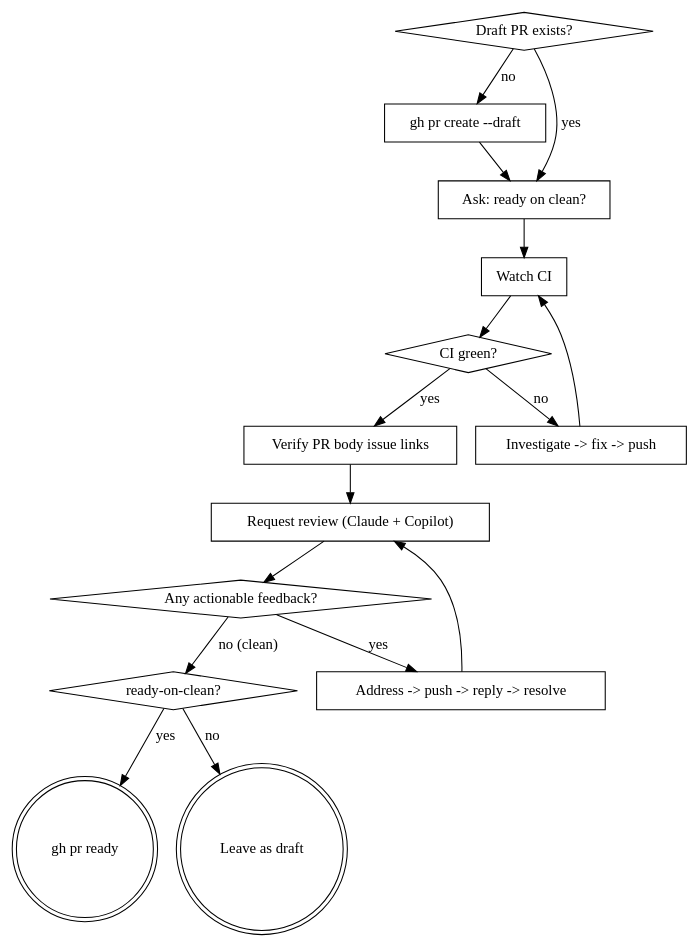
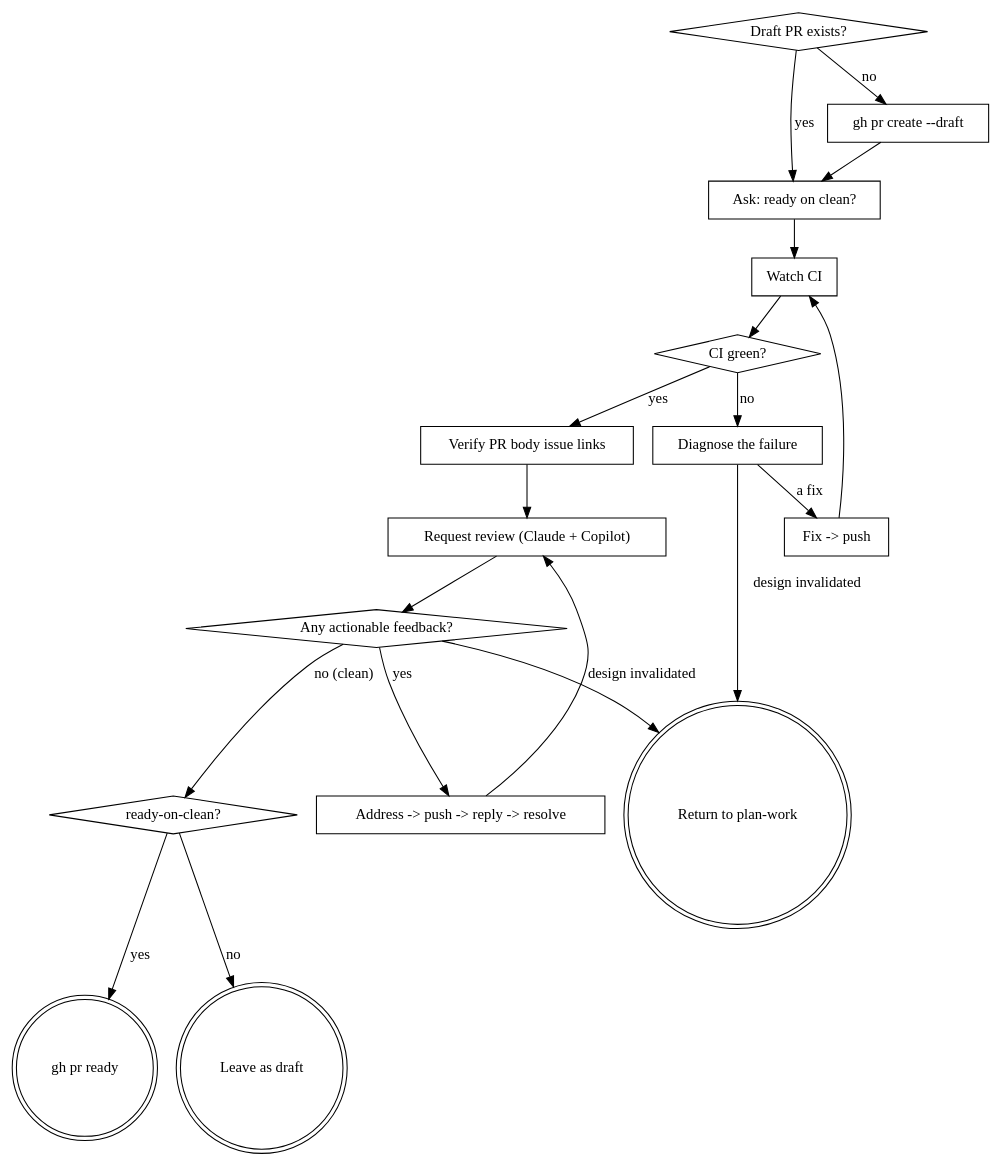
Before and after one commit to yowcow/dotfiles: the diagram in ai/skills/pr-to-ready/SKILL.md, drawn with Graphviz. The commit also changed other lines of this file and 1 other file, not shown here.

First line of the commit message:
設計が覆る経路と plan-work の入口を作る（F1, F2, F7） (#32)

````diff
--- a/ai/skills/pr-to-ready/SKILL.md
+++ b/ai/skills/pr-to-ready/SKILL.md
@@ -131,33 +131,38 @@
 ```dot
 digraph pr_to_ready {
   "Draft PR exists?" [shape=diamond];
   "gh pr create --draft" [shape=box];
   "Ask: ready on clean?" [shape=box];
   "Watch CI" [shape=box];
   "CI green?" [shape=diamond];
-  "Investigate -> fix -> push" [shape=box];
+  "Diagnose the failure" [shape=box];
+  "Fix -> push" [shape=box];
   "Verify PR body issue links" [shape=box];
   "Request review (Claude + Copilot)" [shape=box];
   "Any actionable feedback?" [shape=diamond];
   "Address -> push -> reply -> resolve" [shape=box];
   "ready-on-clean?" [shape=diamond];
   "gh pr ready" [shape=doublecircle];
   "Leave as draft" [shape=doublecircle];
+  "Return to plan-work" [shape=doublecircle];
 
   "Draft PR exists?" -> "gh pr create --draft" [label="no"];
   "gh pr create --draft" -> "Ask: ready on clean?";
   "Draft PR exists?" -> "Ask: ready on clean?" [label="yes"];
   "Ask: ready on clean?" -> "Watch CI";
   "Watch CI" -> "CI green?";
-  "CI green?" -> "Investigate -> fix -> push" [label="no"];
-  "Investigate -> fix -> push" -> "Watch CI";
+  "CI green?" -> "Diagnose the failure" [label="no"];
+  "Diagnose the failure" -> "Fix -> push" [label="a fix"];
+  "Fix -> push" -> "Watch CI";
   "CI green?" -> "Verify PR body issue links" [label="yes"];
   "Verify PR body issue links" -> "Request review (Claude + Copilot)";
   "Request review (Claude + Copilot)" -> "Any actionable feedback?";
   "Any actionable feedback?" -> "Address -> push -> reply -> resolve" [label="yes"];
   "Address -> push -> reply -> resolve" -> "Request review (Claude + Copilot)";
   "Any actionable feedback?" -> "ready-on-clean?" [label="no (clean)"];
+  "Any actionable feedback?" -> "Return to plan-work" [label="design invalidated"];
+  "Diagnose the failure" -> "Return to plan-work" [label="design invalidated"];
   "ready-on-clean?" -> "gh pr ready" [label="yes"];
   "ready-on-clean?" -> "Leave as draft" [label="no"];
 }
 ```
````
